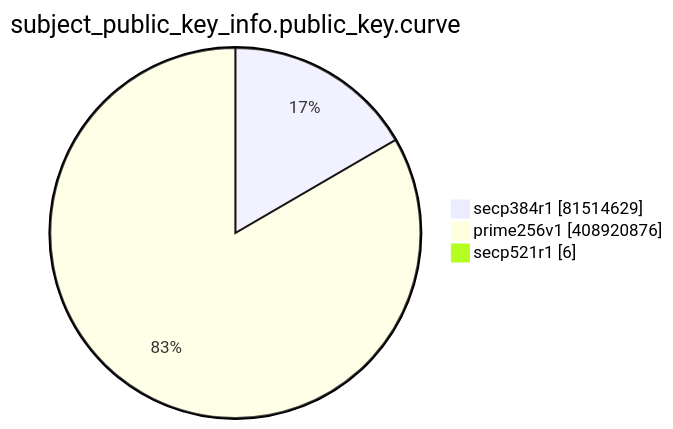
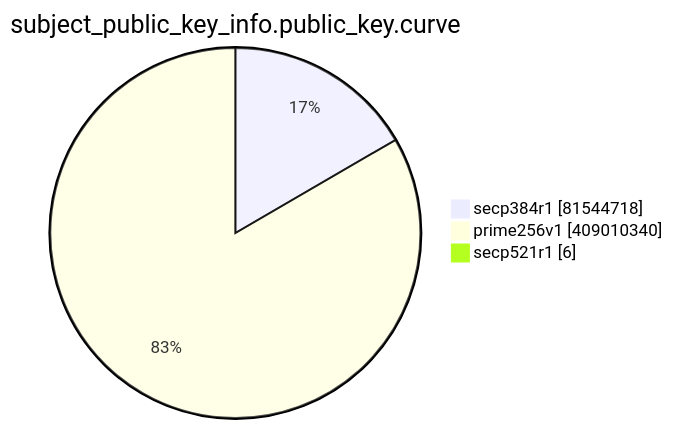
One commit to christiankrug/ctmonitor_visualization changed the eighth of 15 diagrams in TOTAL/README.md. Above: the diagram before and after it, drawn with Mermaid. The commit also changed other lines of this file, not shown here.

````diff
--- a/TOTAL/README.md
+++ b/TOTAL/README.md
@@ -3096,7 +3096,7 @@
 ```mermaid
 pie showData
 title subject_public_key_info.public_key.curve
-"secp384r1" :81514629
-"prime256v1" :408920876
+"secp384r1" :81544718
+"prime256v1" :409010340
 "secp521r1" :6
 ```
````
